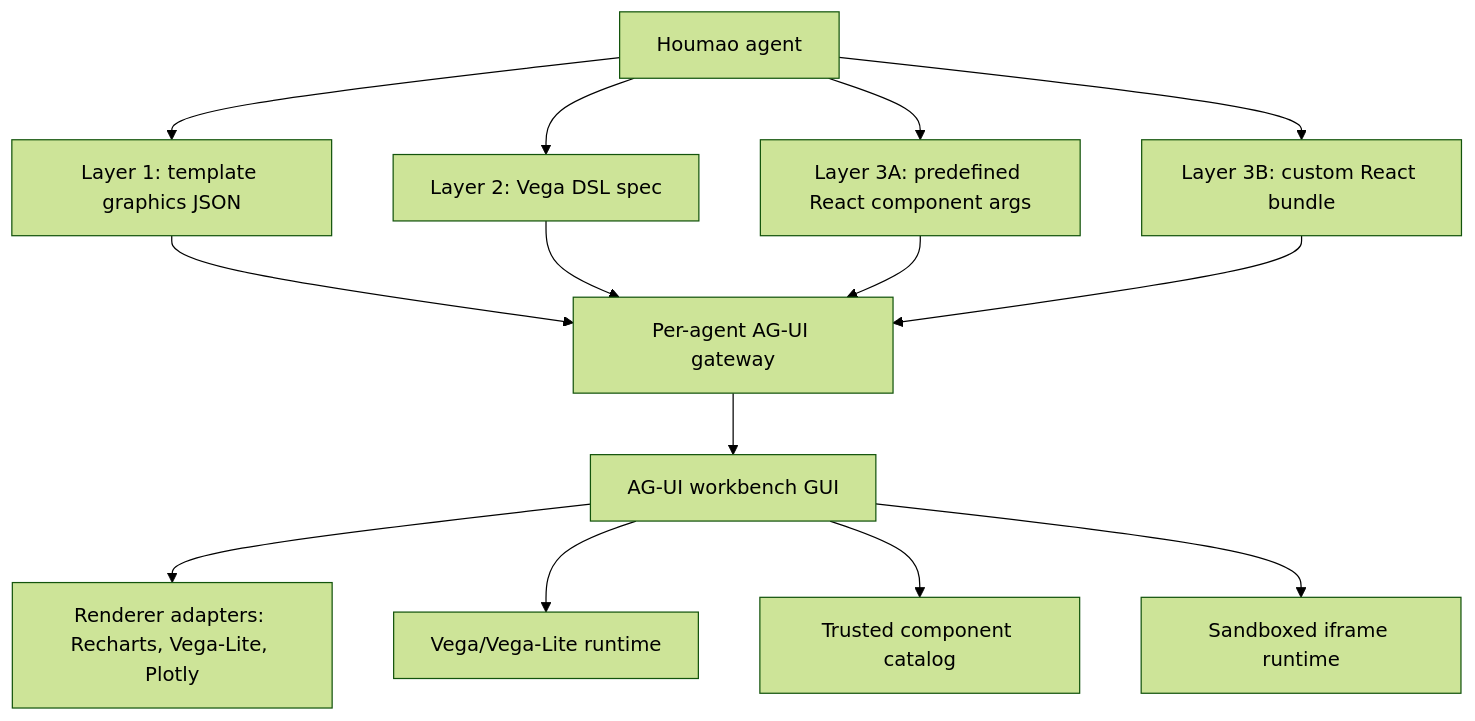
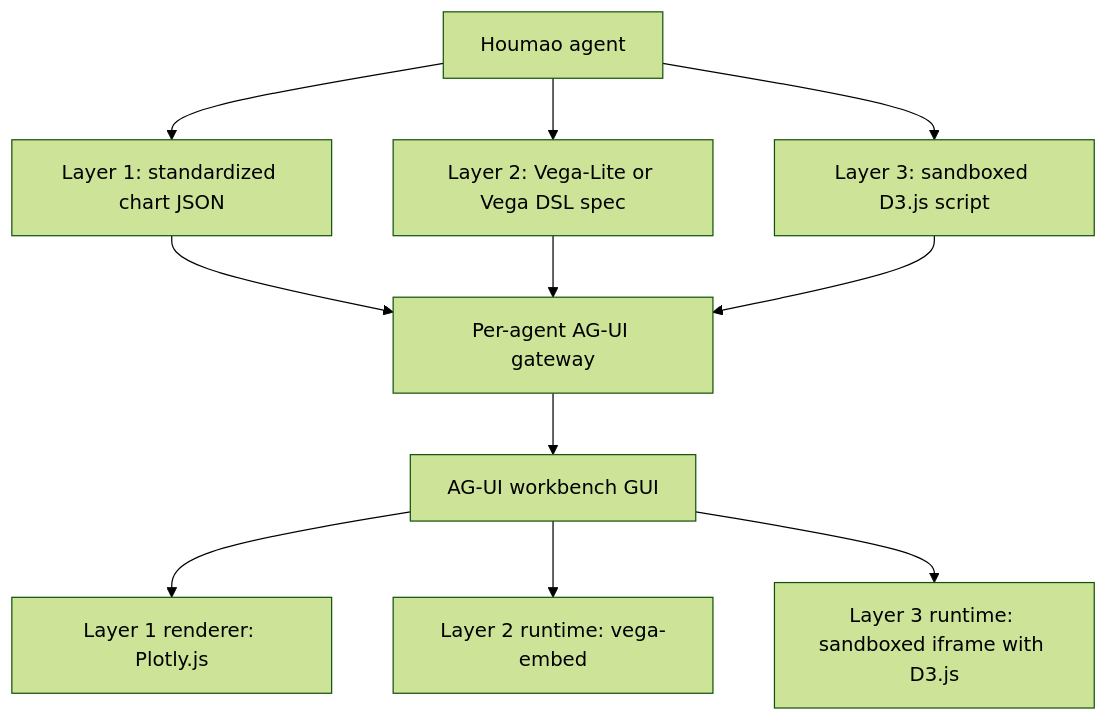
The diagram in context/plans/ag-ui-advanced-cap/intro.md (igamenovoer/houmao), drawn with Mermaid (forest theme) before and after one commit. The commit also changed other lines of this file and 97 other files, not shown here.

Commit message:
feat: improve ag-ui workbench flows

````diff
--- a/context/plans/ag-ui-advanced-cap/intro.md
+++ b/context/plans/ag-ui-advanced-cap/intro.md
@@ -9,23 +11,20 @@
 ```mermaid
 flowchart TD
   Agent[Houmao agent]
   Gateway[Per-agent AG-UI gateway]
   GUI[AG-UI workbench GUI]
 
-  Agent --> L1[Layer 1: template graphics JSON]
-  Agent --> L2[Layer 2: Vega DSL spec]
-  Agent --> L3A[Layer 3A: predefined React component args]
-  Agent --> L3B[Layer 3B: custom React bundle]
+  Agent --> L1[Layer 1: standardized chart JSON]
+  Agent --> L2[Layer 2: Vega-Lite or Vega DSL spec]
+  Agent --> L3[Layer 3: sandboxed D3.js script]
 
   L1 --> Gateway
   L2 --> Gateway
-  L3A --> Gateway
-  L3B --> Gateway
+  L3 --> Gateway
 
   Gateway --> GUI
 
-  GUI --> A1[Renderer adapters: Recharts, Vega-Lite, Plotly]
-  GUI --> A2[Vega/Vega-Lite runtime]
-  GUI --> A3[Trusted component catalog]
-  GUI --> A4[Sandboxed iframe runtime]
+  GUI --> A1[Layer 1 renderer: Plotly.js]
+  GUI --> A2[Layer 2 runtime: vega-embed]
+  GUI --> A3[Layer 3 runtime: sandboxed iframe with D3.js]
 ```
````
